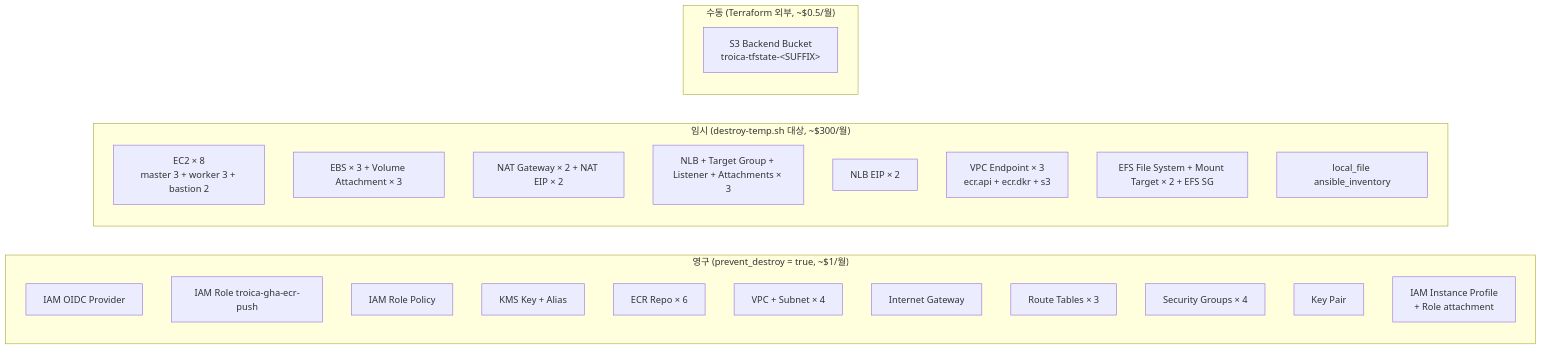
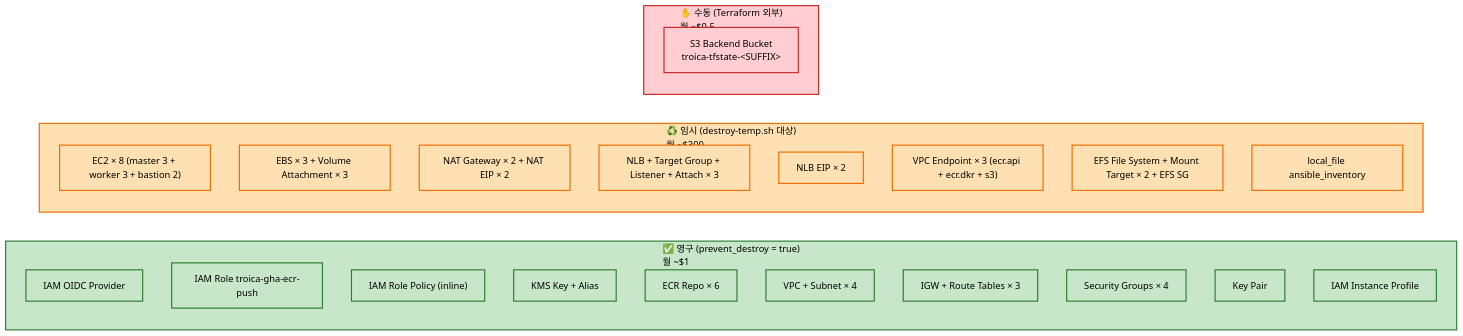
Before and after one commit to KTCloud-CloudNative-Troica-Team/msa-argocd-manifest: the sixth of 7 diagrams in docs/images/AWS-architecture.md, drawn with Mermaid. The commit also changed other lines of this file, not shown here.

First line of the commit message:
docs(images): AWS architecture 다이어그램 색감/레이아웃 보완 + 파싱 에러 fix

````diff
--- a/docs/images/AWS-architecture.md
+++ b/docs/images/AWS-architecture.md
@@ -312,33 +375,44 @@
 ```mermaid
 flowchart LR
-  subgraph Permanent["영구 (prevent_destroy = true, ~$1/월)"]
+  subgraph Permanent["✅ 영구 (prevent_destroy = true)<br/>월 ~$1"]
     direction TB
-    P1[IAM OIDC Provider]
-    P2[IAM Role troica-gha-ecr-push]
-    P3[IAM Role Policy]
-    P4[KMS Key + Alias]
-    P5[ECR Repo × 6]
-    P6[VPC + Subnet × 4]
-    P7[Internet Gateway]
-    P8[Route Tables × 3]
-    P9[Security Groups × 4]
-    P10[Key Pair]
-    P11[IAM Instance Profile<br>+ Role attachment]
+    P1["IAM OIDC Provider"]
+    P2["IAM Role troica-gha-ecr-push"]
+    P3["IAM Role Policy (inline)"]
+    P4["KMS Key + Alias"]
+    P5["ECR Repo × 6"]
+    P6["VPC + Subnet × 4"]
+    P7["IGW + Route Tables × 3"]
+    P8["Security Groups × 4"]
+    P9["Key Pair"]
+    P10["IAM Instance Profile"]
   end
 
-  subgraph Temporary["임시 (destroy-temp.sh 대상, ~$300/월)"]
+  subgraph Temporary["♻️ 임시 (destroy-temp.sh 대상)<br/>월 ~$300"]
     direction TB
-    T1[EC2 × 8<br>master 3 + worker 3 + bastion 2]
-    T2[EBS × 3 + Volume Attachment × 3]
-    T3[NAT Gateway × 2 + NAT EIP × 2]
-    T4[NLB + Target Group + Listener + Attachments × 3]
-    T5[NLB EIP × 2]
-    T6[VPC Endpoint × 3<br>ecr.api + ecr.dkr + s3]
-    T7[EFS File System + Mount Target × 2 + EFS SG]
-    T8[local_file ansible_inventory]
+    T1["EC2 × 8 (master 3 + worker 3 + bastion 2)"]
+    T2["EBS × 3 + Volume Attachment × 3"]
+    T3["NAT Gateway × 2 + NAT EIP × 2"]
+    T4["NLB + Target Group + Listener + Attach × 3"]
+    T5["NLB EIP × 2"]
+    T6["VPC Endpoint × 3 (ecr.api + ecr.dkr + s3)"]
+    T7["EFS File System + Mount Target × 2 + EFS SG"]
+    T8["local_file ansible_inventory"]
   end
 
-  subgraph Manual["수동 (Terraform 외부, ~$0.5/월)"]
-    M1[S3 Backend Bucket<br>troica-tfstate-&lt;SUFFIX&gt;]
+  subgraph Manual["✋ 수동 (Terraform 외부)<br/>월 ~$0.5"]
+    direction TB
+    M1["S3 Backend Bucket<br/>troica-tfstate-&lt;SUFFIX&gt;"]
   end
+
+  classDef perm fill:#c8e6c9,stroke:#2e7d32,stroke-width:2px,color:#000
+  classDef temp fill:#ffe0b2,stroke:#ef6c00,stroke-width:2px,color:#000
+  classDef manual fill:#ffcdd2,stroke:#c62828,stroke-width:2px,color:#000
+
+  class Permanent perm
+  class Temporary temp
+  class Manual manual
+  class P1,P2,P3,P4,P5,P6,P7,P8,P9,P10 perm
+  class T1,T2,T3,T4,T5,T6,T7,T8 temp
+  class M1 manual
 ```
````
